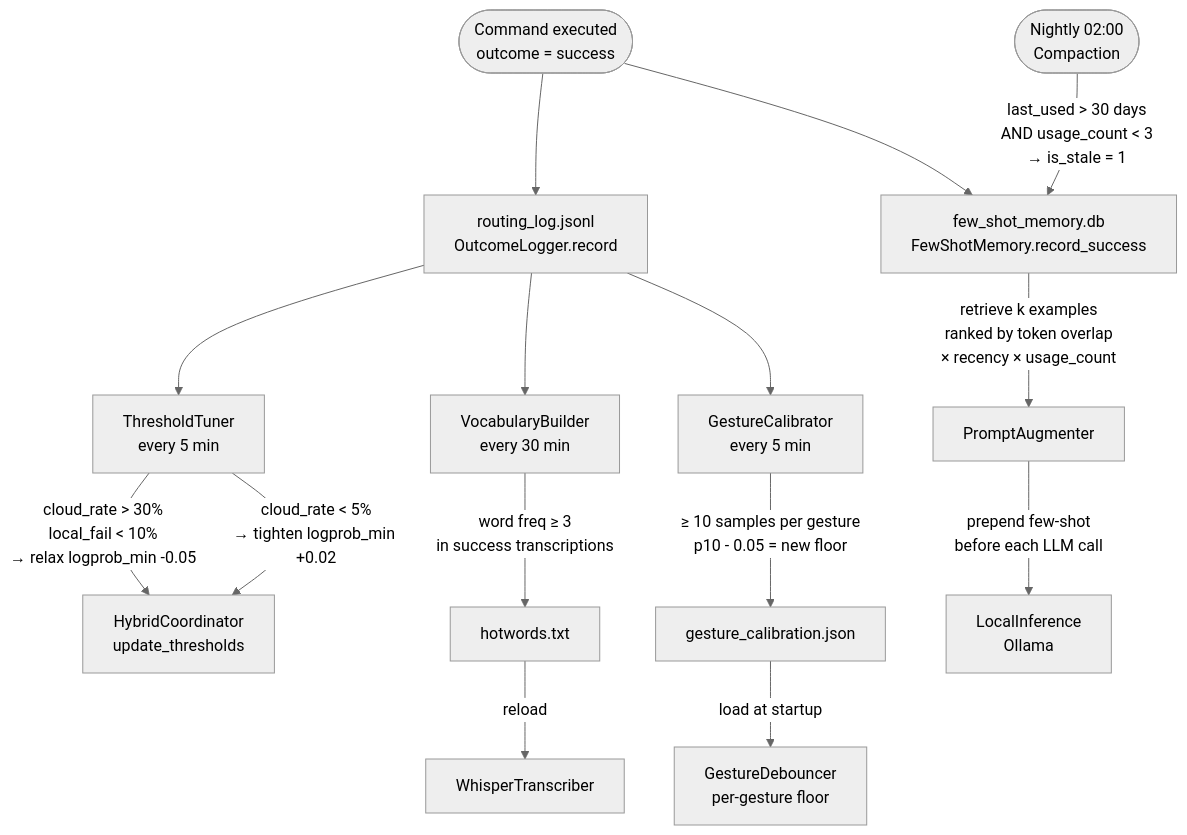
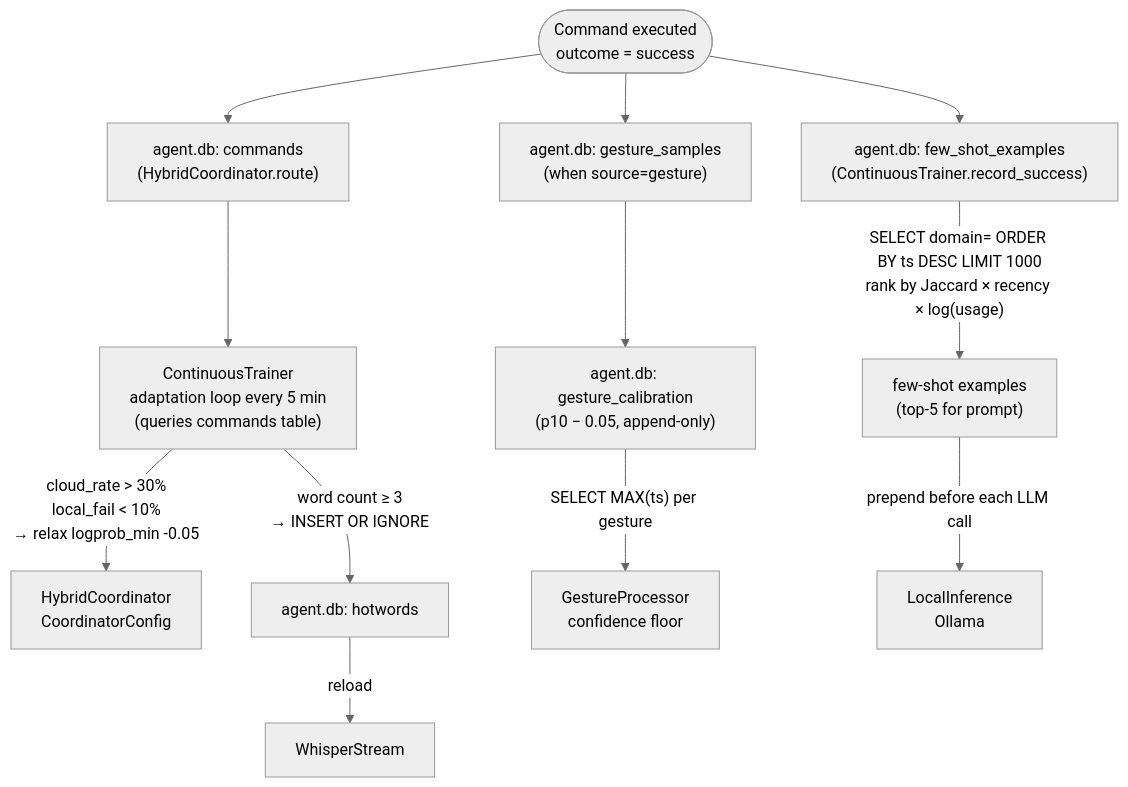
The fifth of 7 diagrams in .kiro/specs/ipad-sensor-focus/diagrams/05-data-flow.md (Bradly187/Personal-Desktop-Agent), drawn with Mermaid (neutral theme) before and after one commit. The commit also changed other lines of this file and 16 other files, not shown here.

````diff
--- a/.kiro/specs/ipad-sensor-focus/diagrams/05-data-flow.md
+++ b/.kiro/specs/ipad-sensor-focus/diagrams/05-data-flow.md
@@ -328,25 +322,20 @@
 ```mermaid
 flowchart TD
     EXE([Command executed\noutcome = success])
-    EXE --> LOG[routing_log.jsonl\nOutcomeLogger.record]
-    EXE --> FSM[few_shot_memory.db\nFewShotMemory.record_success]
+    EXE --> CMD["agent.db: commands\n(HybridCoordinator.route)"]
+    EXE --> FSE["agent.db: few_shot_examples\n(ContinuousTrainer.record_success)"]
+    EXE --> GS["agent.db: gesture_samples\n(when source=gesture)"]
 
-    LOG --> T5[ThresholdTuner\nevery 5 min]
-    LOG --> V30[VocabularyBuilder\nevery 30 min]
-    LOG --> G5[GestureCalibrator\nevery 5 min]
+    CMD --> ADAPT["ContinuousTrainer\nadaptation loop every 5 min\n(queries commands table)"]
 
-    T5 -->|"cloud_rate > 30%\nlocal_fail < 10%\n→ relax logprob_min -0.05"| COORD[HybridCoordinator\nupdate_thresholds]
-    T5 -->|"cloud_rate < 5%\n→ tighten logprob_min +0.02"| COORD
+    ADAPT -->|"cloud_rate > 30%\nlocal_fail < 10%\n→ relax logprob_min -0.05"| COORD["HybridCoordinator\nCoordinatorConfig"]
 
-    V30 -->|"word freq ≥ 3\nin success transcriptions"| HOT[hotwords.txt]
-    HOT -->|reload| WHISPER[WhisperTranscriber]
+    ADAPT -->|"word count ≥ 3\n→ INSERT OR IGNORE"| HW["agent.db: hotwords"]
+    HW -->|reload| WHISPER["WhisperStream"]
 
-    G5 -->|"≥ 10 samples per gesture\np10 - 0.05 = new floor"| GCAL[gesture_calibration.json]
-    GCAL -->|load at startup| GDEB[GestureDebouncer\nper-gesture floor]
+    GS --> GCAL["agent.db: gesture_calibration\n(p10 − 0.05, append-only)"]
+    GCAL -->|"SELECT MAX(ts) per gesture"| GFLOOR["GestureProcessor\nconfidence floor"]
 
-    FSM -->|"retrieve k examples\nranked by token overlap\n× recency × usage_count"| PA[PromptAugmenter]
-    PA -->|"prepend few-shot\nbefore each LLM call"| LOCAL[LocalInference\nOllama]
-
-    NIGHTLY([Nightly 02:00\nCompaction])
-    NIGHTLY -->|"last_used > 30 days\nAND usage_count < 3\n→ is_stale = 1"| FSM
+    FSE -->|"SELECT domain= ORDER BY ts DESC LIMIT 1000\nrank by Jaccard × recency × log(usage)"| PA["few-shot examples\n(top-5 for prompt)"]
+    PA -->|"prepend before each LLM call"| LOCAL["LocalInference\nOllama"]
 ```
````
